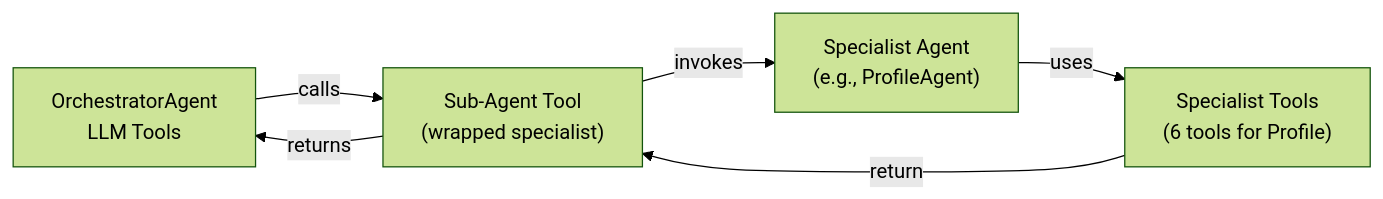
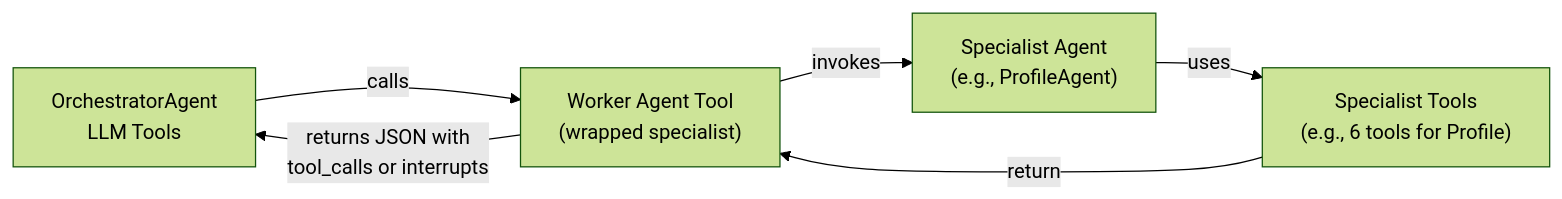
Before and after one commit to savipk/autochat: the second of 5 diagrams in docs/architecture/04-orchestrator-pattern.md, drawn with Mermaid (forest theme). The commit also changed other lines of this file and 27 other files, not shown here.

Commit message:
modify profile agent

````diff
--- a/docs/architecture/04-orchestrator-pattern.md
+++ b/docs/architecture/04-orchestrator-pattern.md
@@ -76,13 +83,13 @@
 ```mermaid
 graph LR
     Orch["OrchestratorAgent<br/>LLM Tools"]
-    SubAgentTool["Sub-Agent Tool<br/>(wrapped specialist)"]
+    WorkerAgentTool["Worker Agent Tool<br/>(wrapped specialist)"]
     Specialist["Specialist Agent<br/>(e.g., ProfileAgent)"]
-    SpecTools["Specialist Tools<br/>(6 tools for Profile)"]
+    SpecTools["Specialist Tools<br/>(e.g., 6 tools for Profile)"]
 
-    Orch -->|calls| SubAgentTool
-    SubAgentTool -->|invokes| Specialist
+    Orch -->|calls| WorkerAgentTool
+    WorkerAgentTool -->|invokes| Specialist
     Specialist -->|uses| SpecTools
-    SpecTools -->|return| SubAgentTool
-    SubAgentTool -->|returns| Orch
+    SpecTools -->|return| WorkerAgentTool
+    WorkerAgentTool -->|returns JSON with<br/>tool_calls or interrupts| Orch
 ```
````
